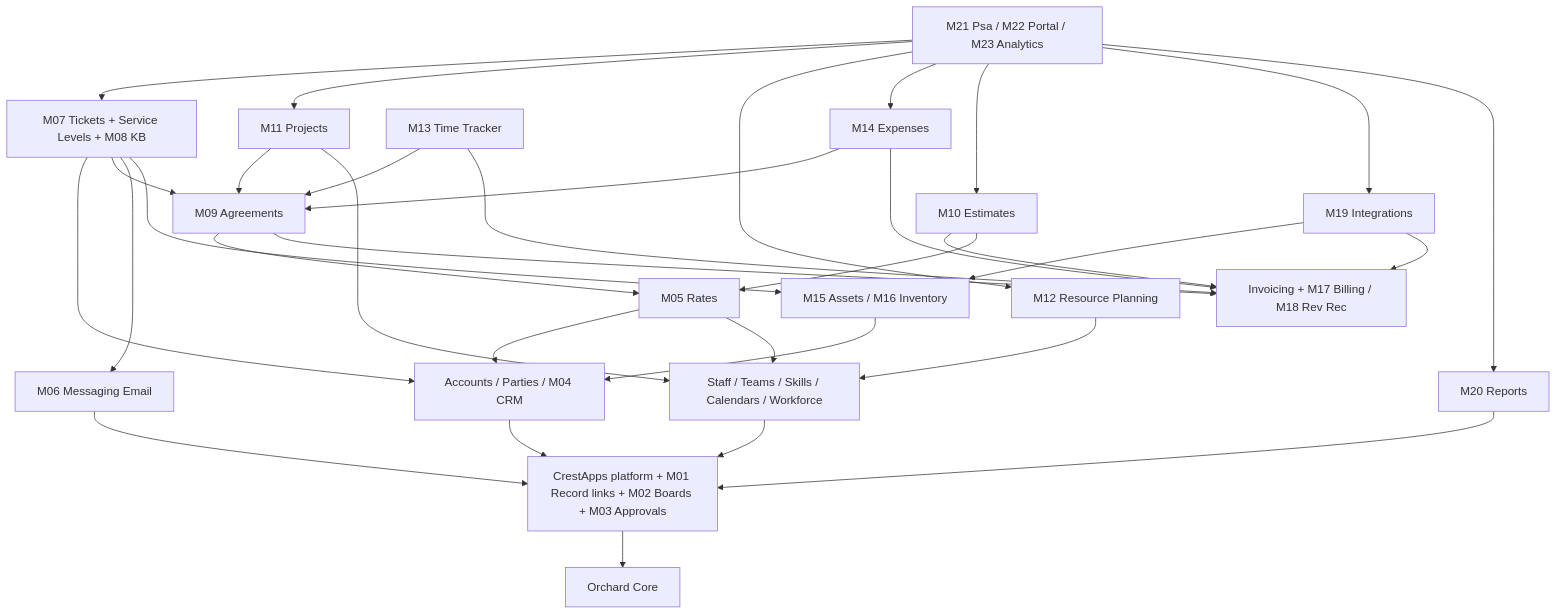
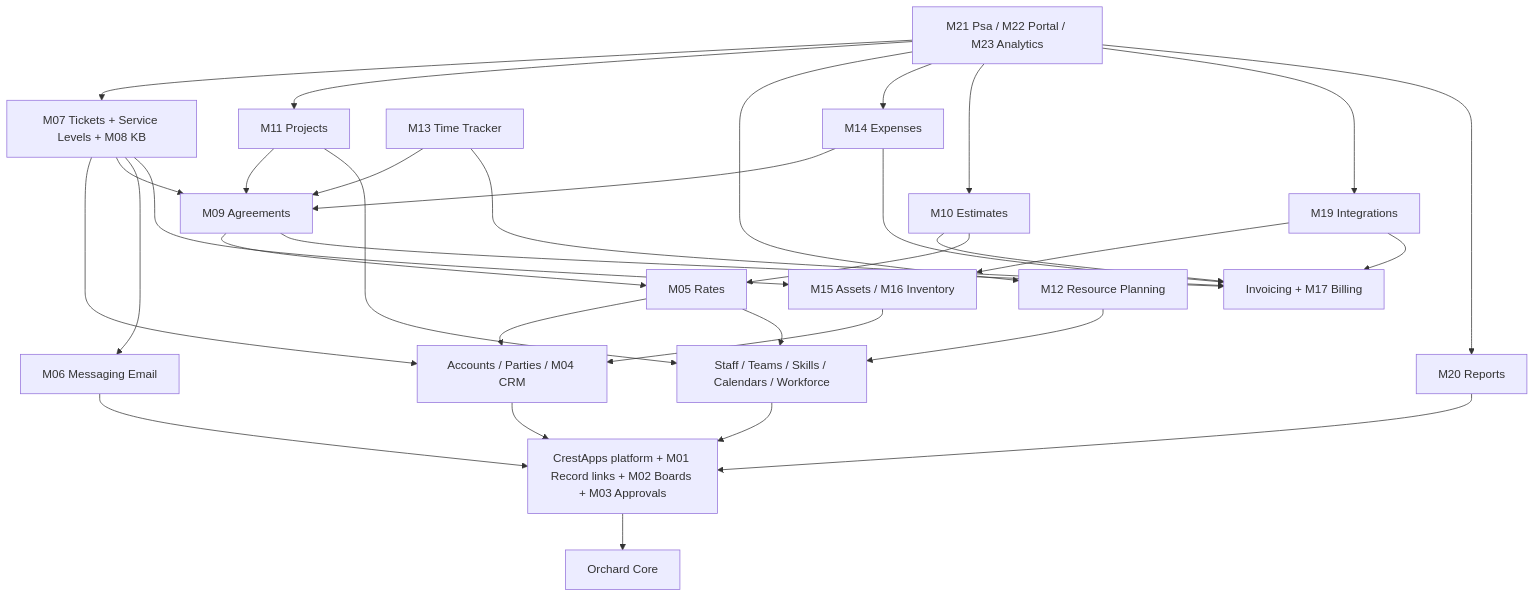
One commit to CrestApps/CrestApps.OrchardCore changed the sixth of 11 diagrams in docs/engineering/psa/psa-platform-plan.md. Above: the diagram before and after it, drawn with Mermaid. The commit also changed other lines of this file and 1 other file, not shown here.

````diff
--- a/docs/engineering/psa/psa-platform-plan.md
+++ b/docs/engineering/psa/psa-platform-plan.md
@@ -1041,53 +1032,53 @@
 ```mermaid
 flowchart TD
   OC["Orchard Core"] 
   PLAT["CrestApps platform + M01 Record links + M02 Boards + M03 Approvals"]
   ACC["Accounts / Parties / M04 CRM"]
   STAFF["Staff / Teams / Skills / Calendars / Workforce"]
   RATES["M05 Rates"]
   AGR["M09 Agreements"]
   MSG["M06 Messaging Email"]
   TIX["M07 Tickets + Service Levels + M08 KB"]
   AST["M15 Assets / M16 Inventory"]
   EST["M10 Estimates"]
   PRJ["M11 Projects"]
   RP["M12 Resource Planning"]
   TT["M13 Time Tracker"]
   EXP["M14 Expenses"]
-  BILL["Invoicing + M17 Billing / M18 Rev Rec"]
+  BILL["Invoicing + M17 Billing"]
   INT["M19 Integrations"]
   REP["M20 Reports"]
   PSA["M21 Psa / M22 Portal / M23 Analytics"]
   PLAT --> OC
   ACC --> PLAT
   STAFF --> PLAT
   RATES --> ACC
   RATES --> STAFF
   AGR --> RATES
   AGR --> BILL
   MSG --> PLAT
   TIX --> ACC
   TIX --> AGR
   TIX --> MSG
   TIX --> AST
   AST --> ACC
   EST --> BILL
   EST --> RATES
   PRJ --> AGR
   PRJ --> STAFF
   RP --> STAFF
   TT --> AGR
   TT --> BILL
   EXP --> AGR
   EXP --> BILL
   INT --> AST
   INT --> BILL
   REP --> PLAT
   PSA --> TIX
   PSA --> PRJ
   PSA --> RP
   PSA --> EXP
   PSA --> EST
   PSA --> INT
   PSA --> REP
 ```
````
